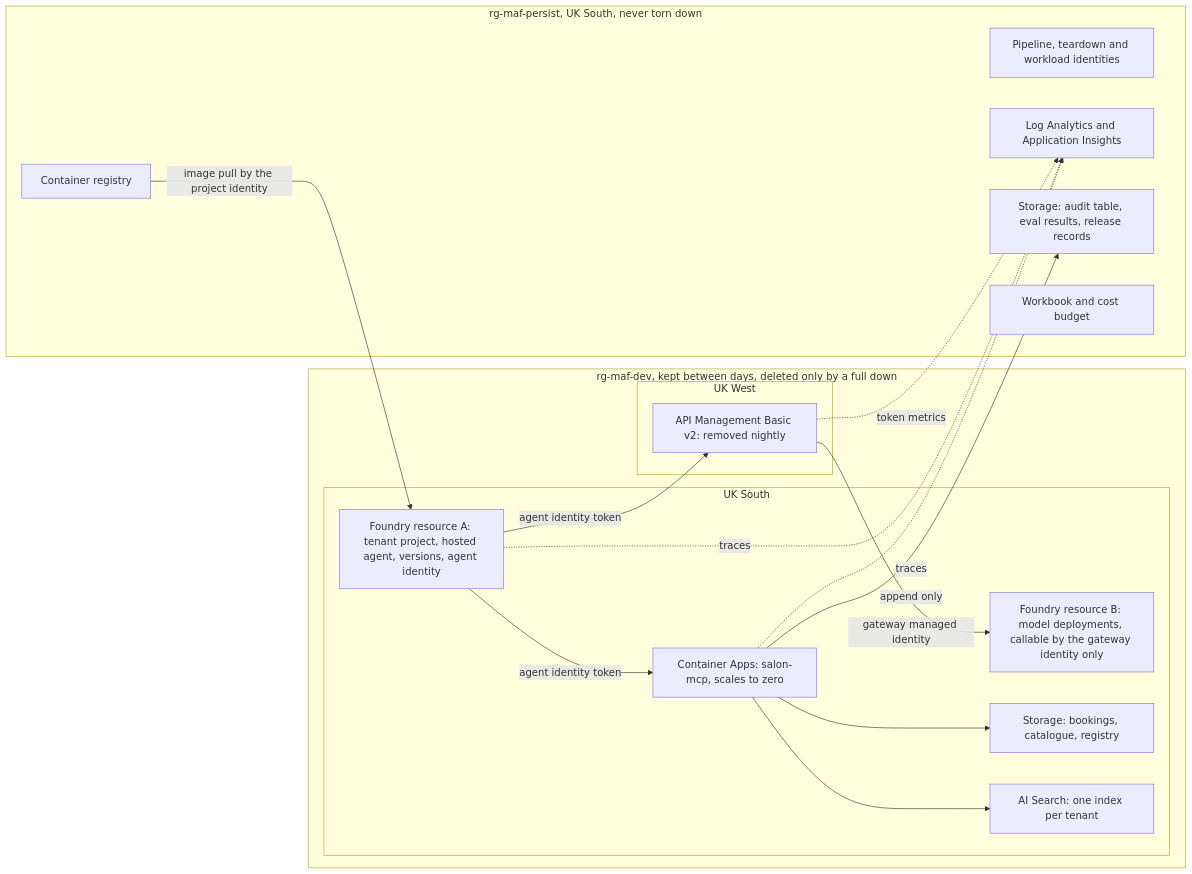
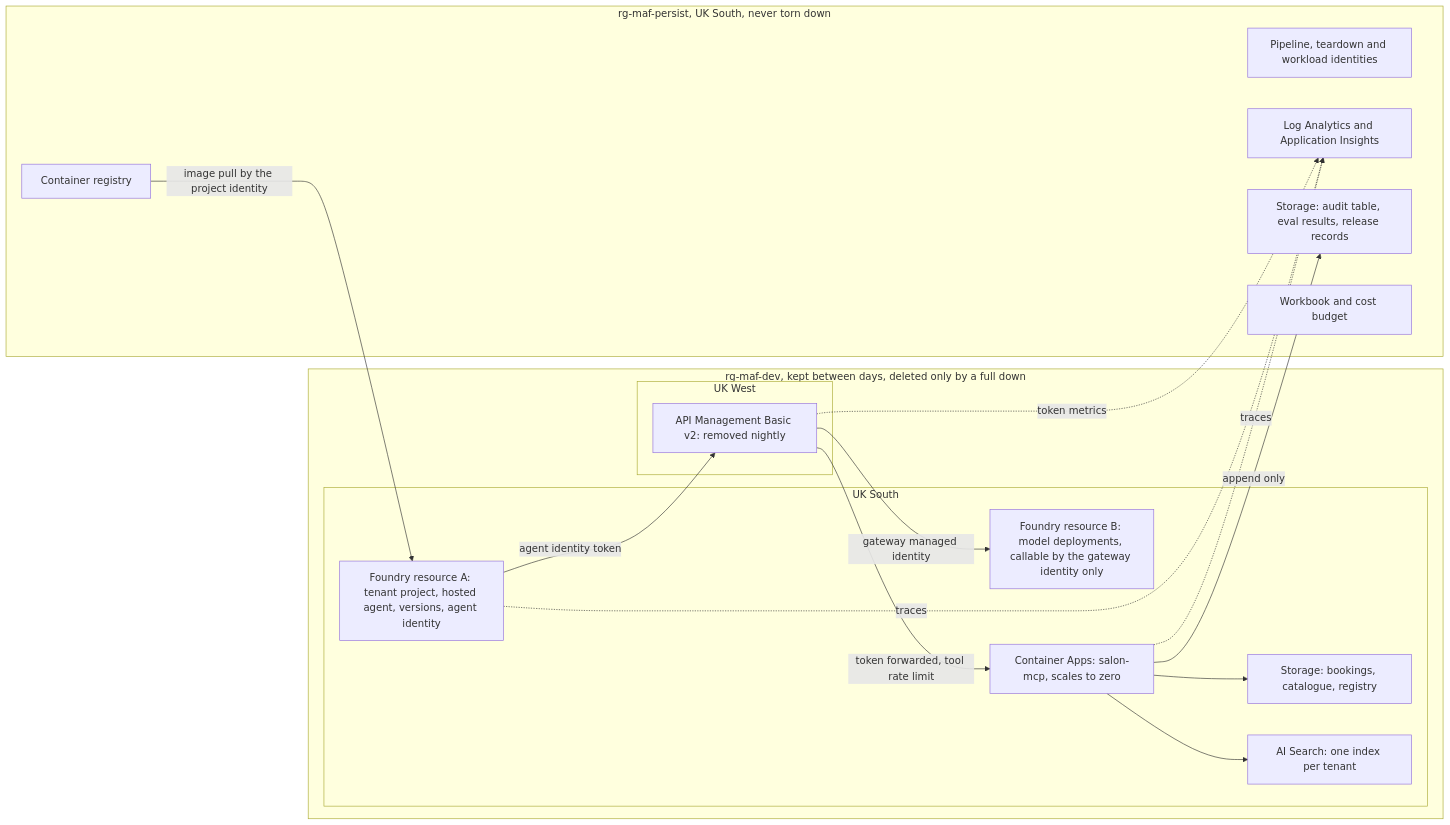
One commit to ranaidrees/MultiTenantAgentFactory changed the third of 7 diagrams in docs/spec-phase-0-1.md. Above: the diagram before and after it, drawn with Mermaid. The commit also changed other lines of this file and 1 other file, not shown here.

````diff
--- a/docs/spec-phase-0-1.md
+++ b/docs/spec-phase-0-1.md
@@ -230,32 +239,32 @@
 ```mermaid
 flowchart LR
   subgraph persist["rg-maf-persist, UK South, never torn down"]
     ids["Pipeline, teardown and workload identities"]
     law["Log Analytics and Application Insights"]
     evid["Storage: audit table, eval results, release records"]
     acr["Container registry"]
     wb["Workbook and cost budget"]
   end
   subgraph env["rg-maf-dev, kept between days, deleted only by a full down"]
     subgraph uks["UK South"]
       fagent["Foundry resource A: tenant project, hosted agent, versions, agent identity"]
       fmodel["Foundry resource B: model deployments, callable by the gateway identity only"]
       aca["Container Apps: salon-mcp, scales to zero"]
       st["Storage: bookings, catalogue, registry"]
       srch["AI Search: one index per tenant"]
     end
     subgraph ukw["UK West"]
       gw["API Management Basic v2: removed nightly"]
     end
   end
   acr -->|"image pull by the project identity"| fagent
   fagent -->|"agent identity token"| gw
   gw -->|"gateway managed identity"| fmodel
-  fagent -->|"agent identity token"| aca
+  gw -->|"token forwarded, tool rate limit"| aca
   aca --> st
   aca --> srch
   aca -->|"append only"| evid
   fagent -.->|"traces"| law
   aca -.->|"traces"| law
   gw -.->|"token metrics"| law
 ```
````
